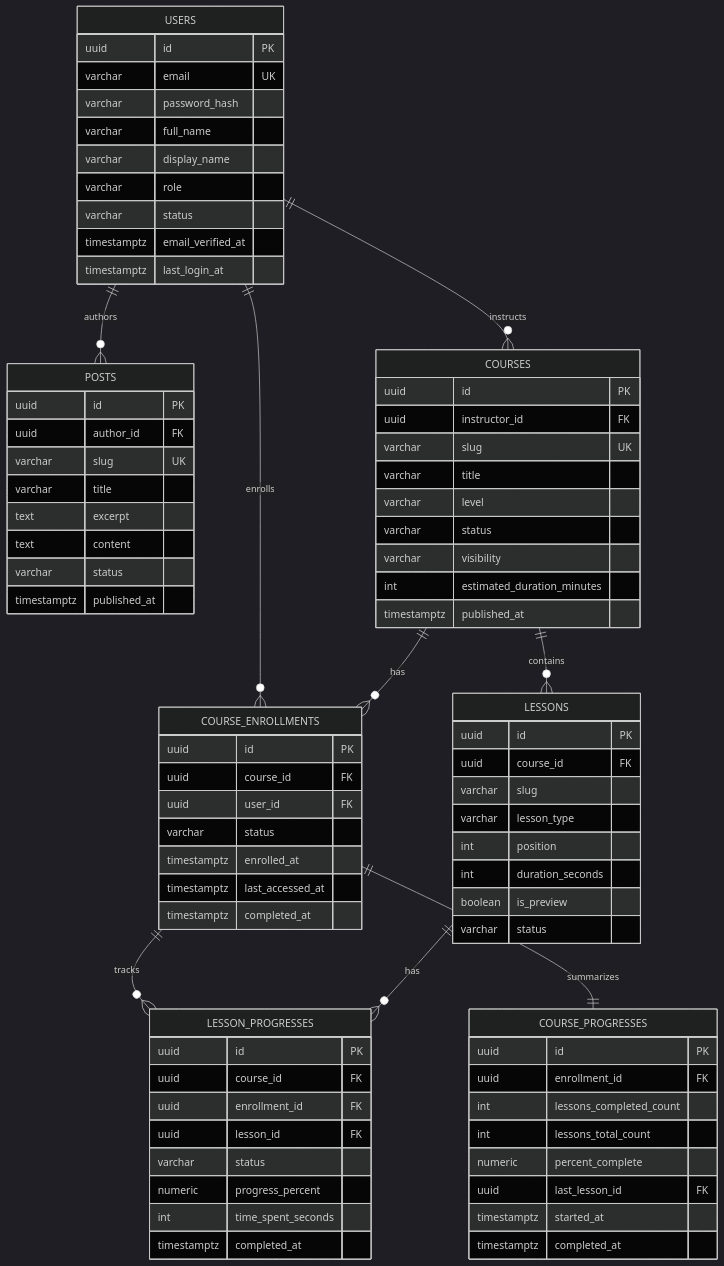
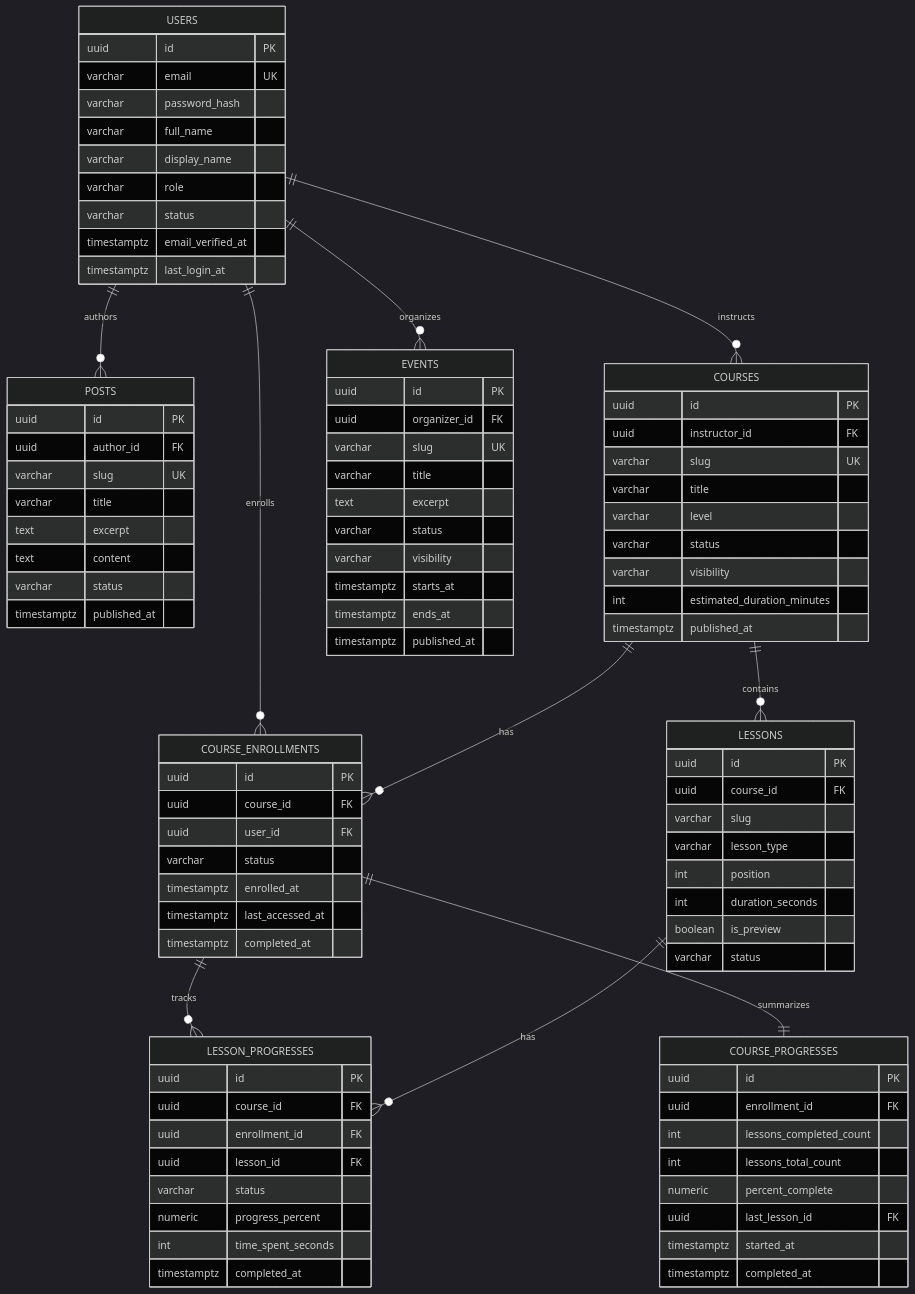
Before and after one commit to toanle17081998/HTTLNCVN: the diagram in docs/db-schema-v1.md, drawn with Mermaid (dark theme). The commit also changed other lines of this file and 28 other files, not shown here.

```diff
--- a/docs/db-schema-v1.md
+++ b/docs/db-schema-v1.md
@@ -73,6 +82,7 @@
 erDiagram
     USERS ||--o{ POSTS : authors
     USERS ||--o{ COURSES : instructs
+    USERS ||--o{ EVENTS : organizes
     USERS ||--o{ COURSE_ENROLLMENTS : enrolls
     COURSES ||--o{ LESSONS : contains
     COURSES ||--o{ COURSE_ENROLLMENTS : has
@@ -100,6 +110,19 @@
         text excerpt
         text content
         varchar status
+        timestamptz published_at
+    }
+
+    EVENTS {
+        uuid id PK
+        uuid organizer_id FK
+        varchar slug UK
+        varchar title
+        text excerpt
+        varchar status
+        varchar visibility
+        timestamptz starts_at
+        timestamptz ends_at
         timestamptz published_at
     }
 
```
